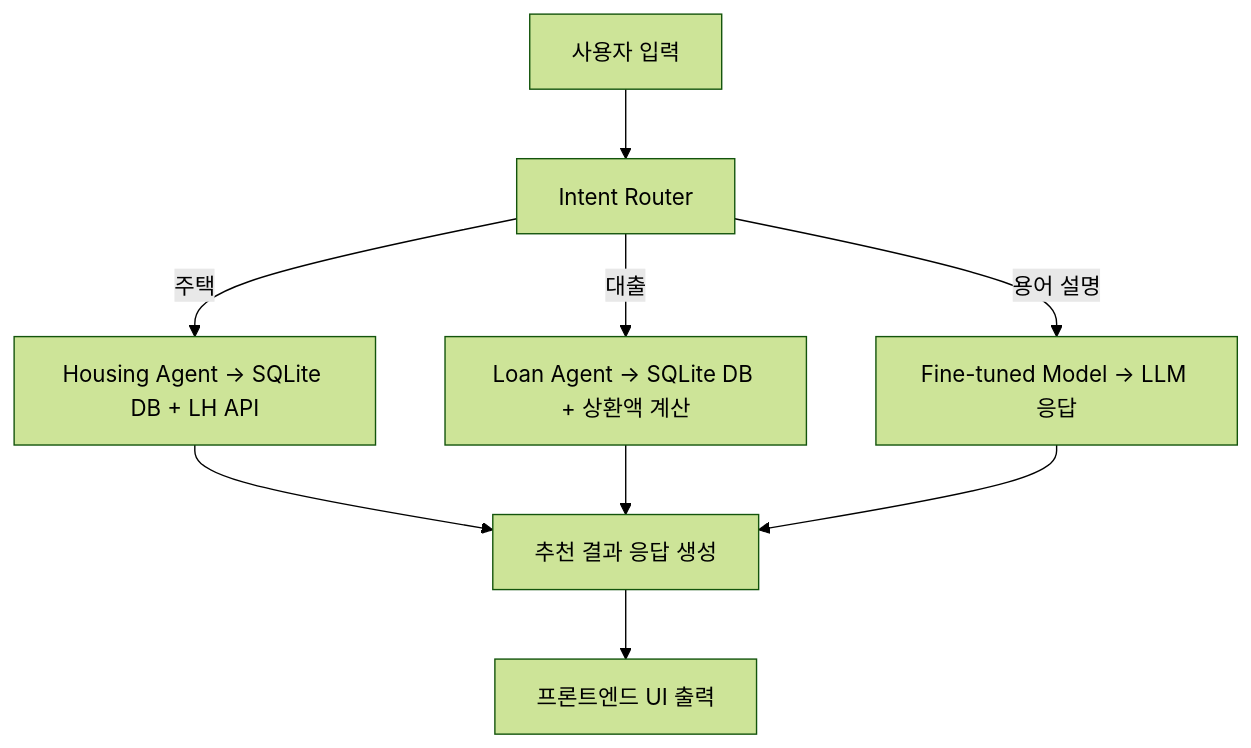
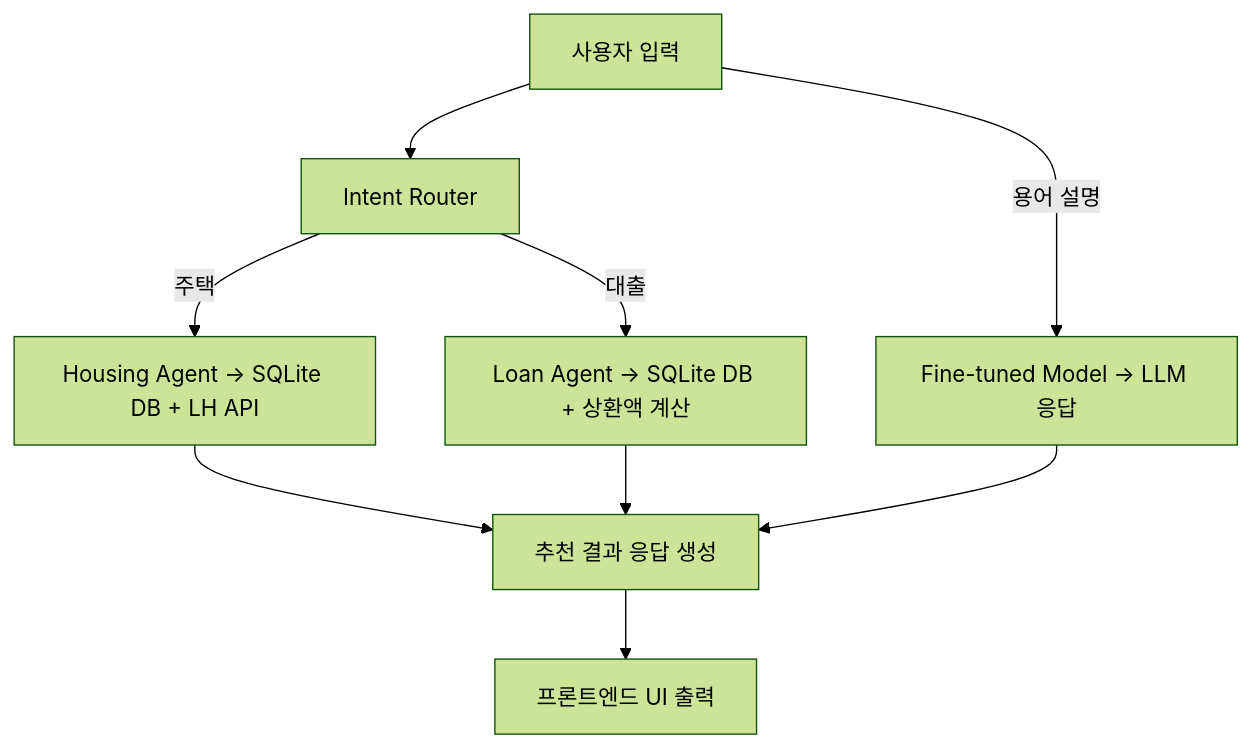
The diagram in README.md (ChangMin59/welhome), drawn with Mermaid (forest theme) before and after one commit.

````diff
--- a/README.md
+++ b/README.md
@@ -143,11 +143,11 @@
 ```mermaid
 flowchart TD
     A[사용자 입력] --> B[Intent Router]
     B -->|주택| C[Housing Agent → SQLite DB + LH API]
     B -->|대출| D[Loan Agent → SQLite DB + 상환액 계산]
-    B -->|용어 설명| E[Fine-tuned Model → LLM 응답]
+    A -->|용어 설명| E[Fine-tuned Model → LLM 응답]
     C --> F[추천 결과 응답 생성]
     D --> F
     E --> F
     F --> G[프론트엔드 UI 출력]
 ```
````
